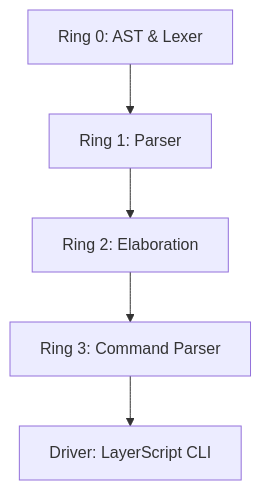
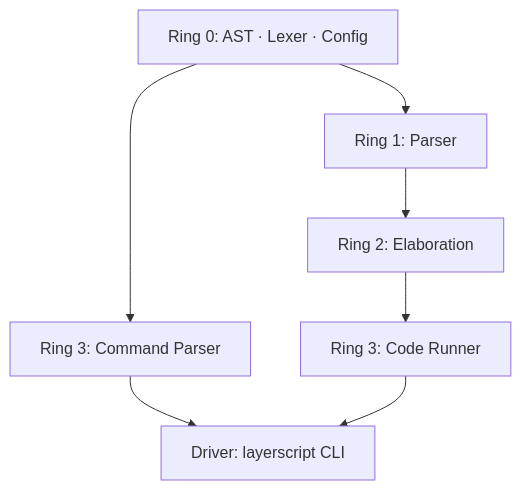
Before and after one commit to Heaplyn/Burst: the diagram in README.md, drawn with Mermaid. The commit also changed other lines of this file and 19 other files, not shown here.

````diff
--- a/README.md
+++ b/README.md
@@ -16,7 +27,9 @@
 ```mermaid
 graph TD
-    A[Ring 0: AST & Lexer] --> B[Ring 1: Parser]
+    A[Ring 0: AST · Lexer · Config] --> B[Ring 1: Parser]
     B --> C[Ring 2: Elaboration]
-    C --> D[Ring 3: Command Parser]
-    D --> E[Driver: LayerScript CLI]
+    C --> D[Ring 3: Code Runner]
+    A --> P[Ring 3: Command Parser]
+    P --> E[Driver: layerscript CLI]
+    D --> E
 ```
````
